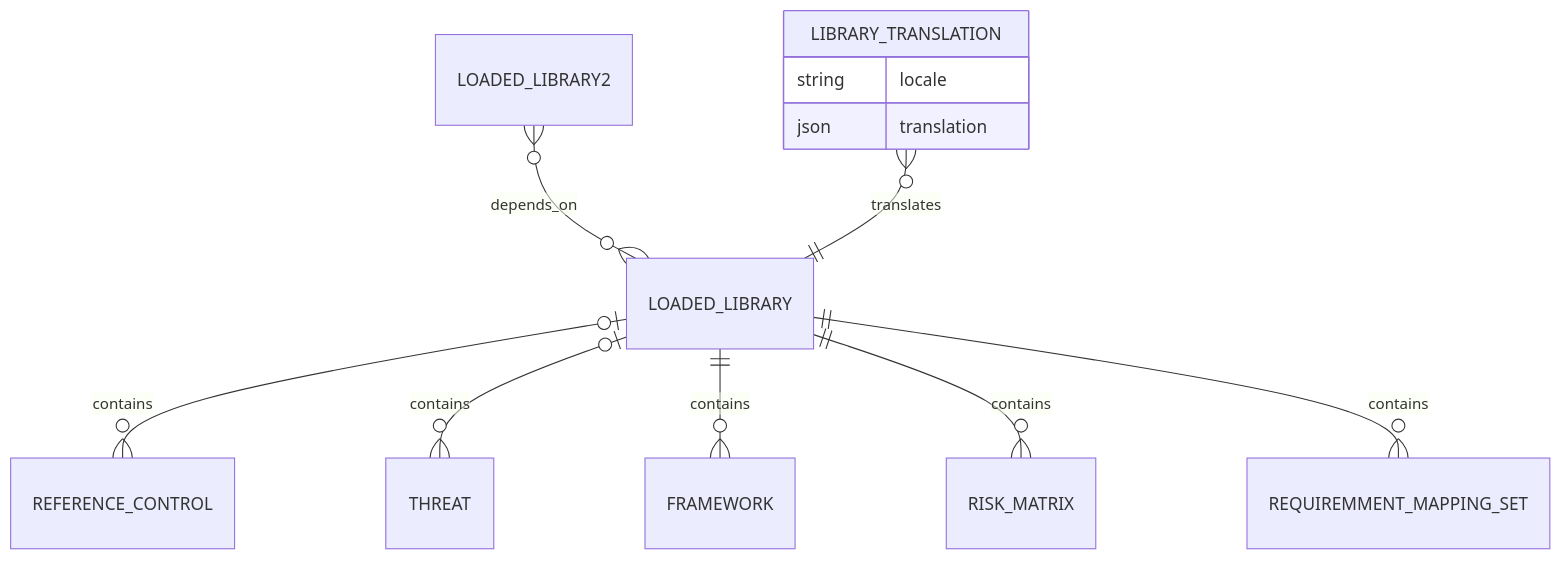
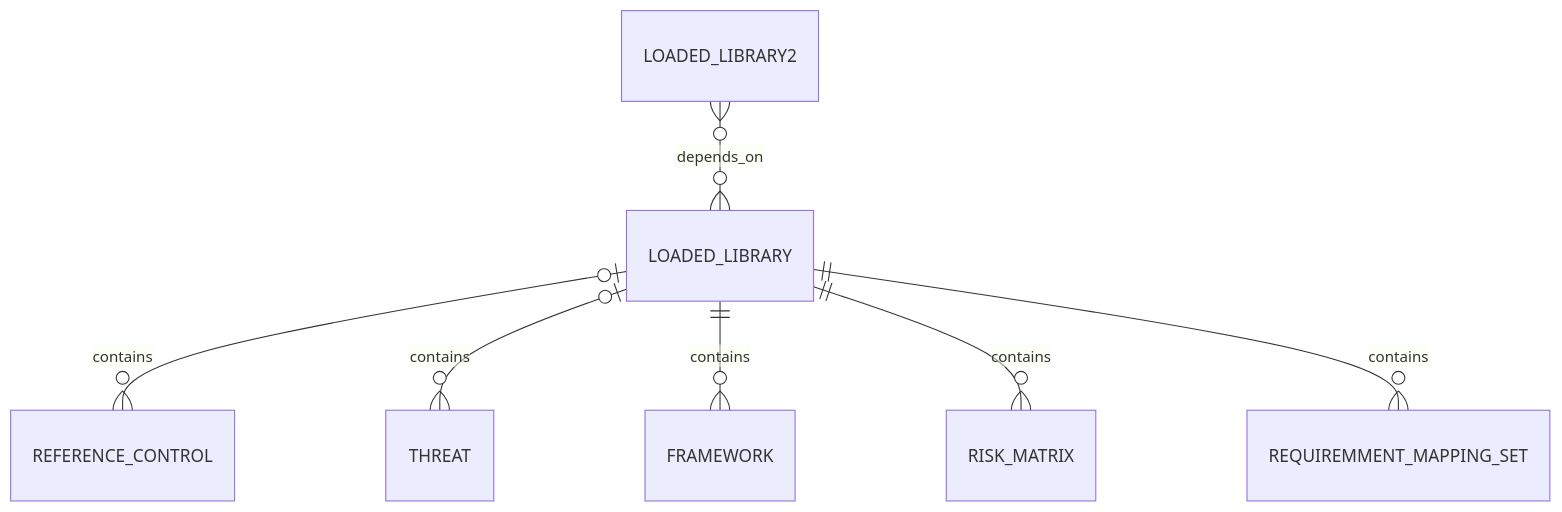
The third of 7 diagrams in documentation/architecture/data-model.md (intuitem/ciso-assistant-community), drawn with Mermaid before and after one commit. The commit also changed other lines of this file, not shown here.

Commit message:
fix translation spec

````diff
--- a/documentation/architecture/data-model.md
+++ b/documentation/architecture/data-model.md
@@ -72,16 +72,11 @@
 ```mermaid
 erDiagram
 
     LOADED_LIBRARY      |o--o{ REFERENCE_CONTROL        : contains
     LOADED_LIBRARY      |o--o{ THREAT                   : contains
     LOADED_LIBRARY      ||--o{ FRAMEWORK                : contains
     LOADED_LIBRARY      ||--o{ RISK_MATRIX              : contains
     LOADED_LIBRARY      ||--o{ REQUIREMMENT_MAPPING_SET : contains
     LOADED_LIBRARY2     }o--o{ LOADED_LIBRARY           : depends_on
-    LIBRARY_TRANSLATION }o--|| LOADED_LIBRARY           : translates
 
-    LIBRARY_TRANSLATION {
-        string locale
-        json translation
-    }
 ```
````
